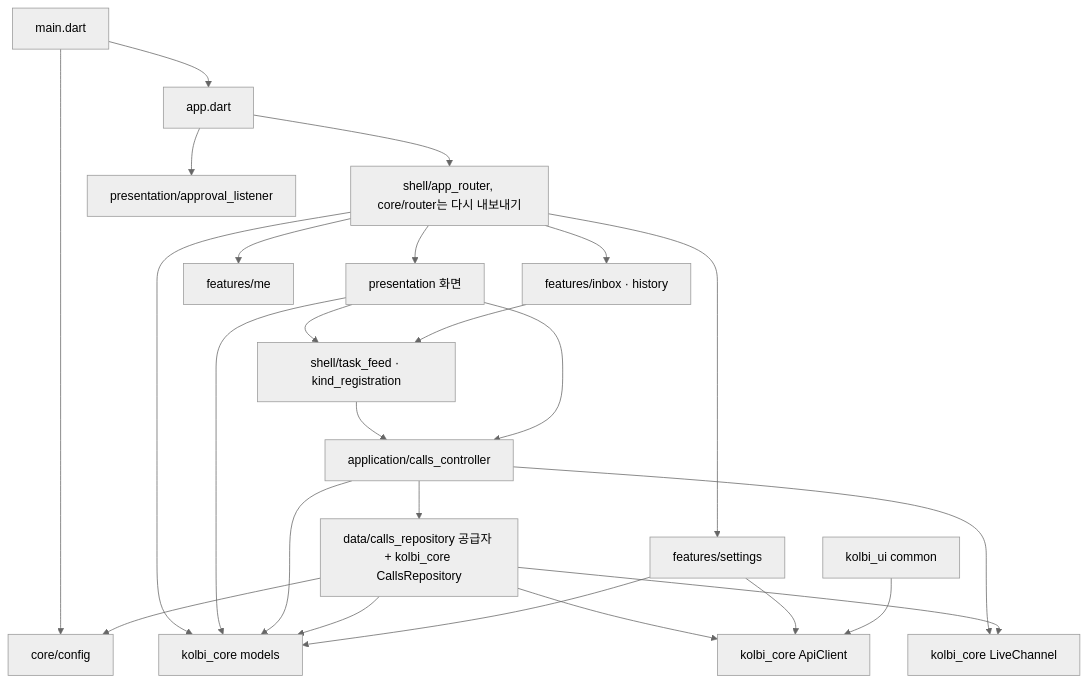
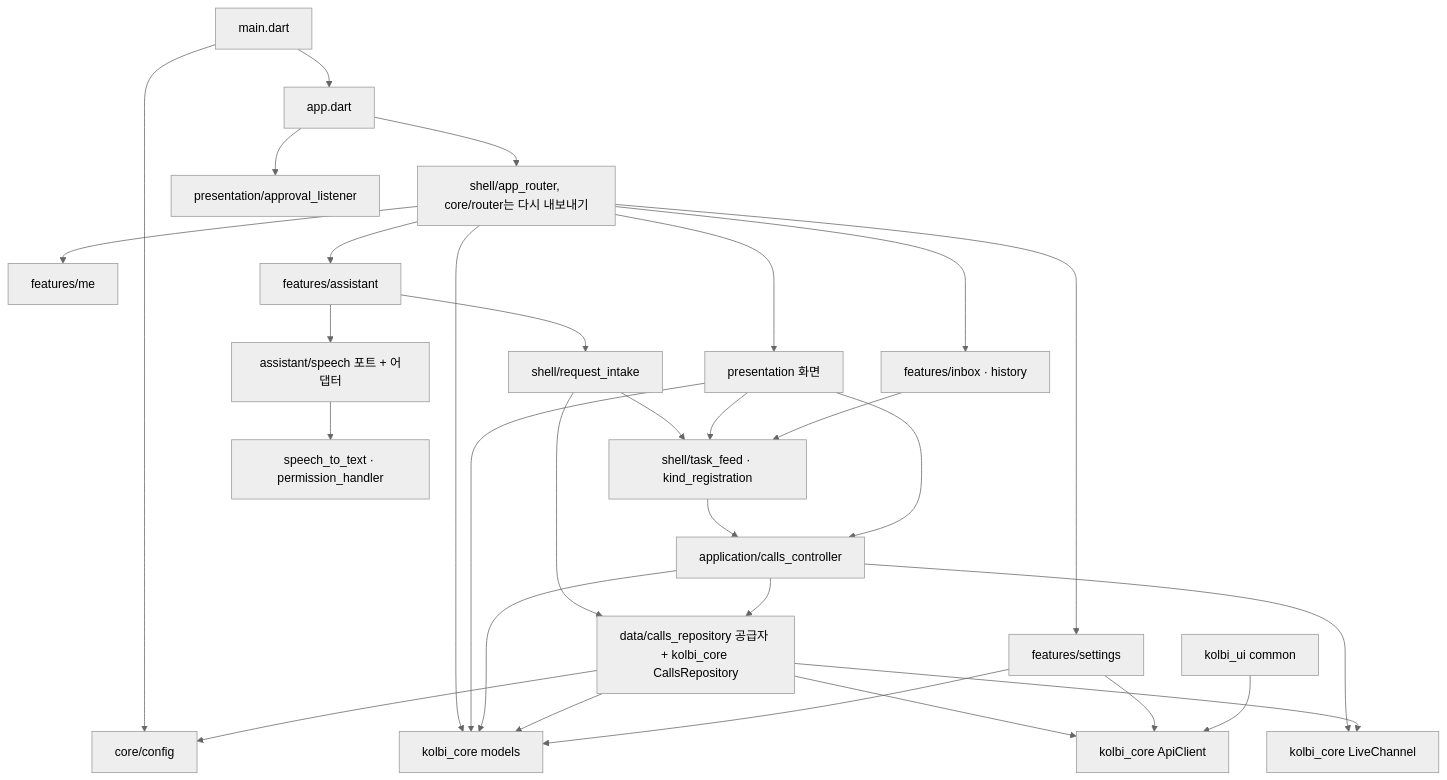
Before and after one commit to Jason8117/jason-danmuzi: the second of 2 diagrams in .moai/project/codemaps/dependencies.md, drawn with Mermaid (neutral theme). The commit also changed other lines of this file and 12 other files, not shown here.

````diff
--- a/.moai/project/codemaps/dependencies.md
+++ b/.moai/project/codemaps/dependencies.md
@@ -93,27 +95,33 @@
 ```mermaid
 flowchart TD
   main[main.dart] --> appd[app.dart]
   main --> settings[core/config]
   appd --> router[shell/app_router, core/router는 다시 내보내기]
   appd --> listener[presentation/approval_listener]
   router --> screens[presentation 화면]
   router --> tabs[features/inbox · history]
   router --> me[features/me]
+  router --> assistant[features/assistant]
+  assistant --> intake[shell/request_intake]
+  intake --> repo
+  intake --> feed
+  assistant --> speech[assistant/speech 포트 + 어댑터]
+  speech --> plugins[speech_to_text · permission_handler]
   screens --> feed
   router --> settingsScreen[features/settings]
   router --> models[kolbi_core models]
   tabs --> feed[shell/task_feed · kind_registration]
   feed --> controller
   screens --> controller[application/calls_controller]
   screens --> models
   controller --> repo[data/calls_repository 공급자 + kolbi_core CallsRepository]
   controller --> live[kolbi_core LiveChannel]
   controller --> models
   repo --> api[kolbi_core ApiClient]
   repo --> live
   repo --> settings
   repo --> models
   settingsScreen --> api
   settingsScreen --> models
   widgetsCommon[kolbi_ui common] --> api
 ```
````
